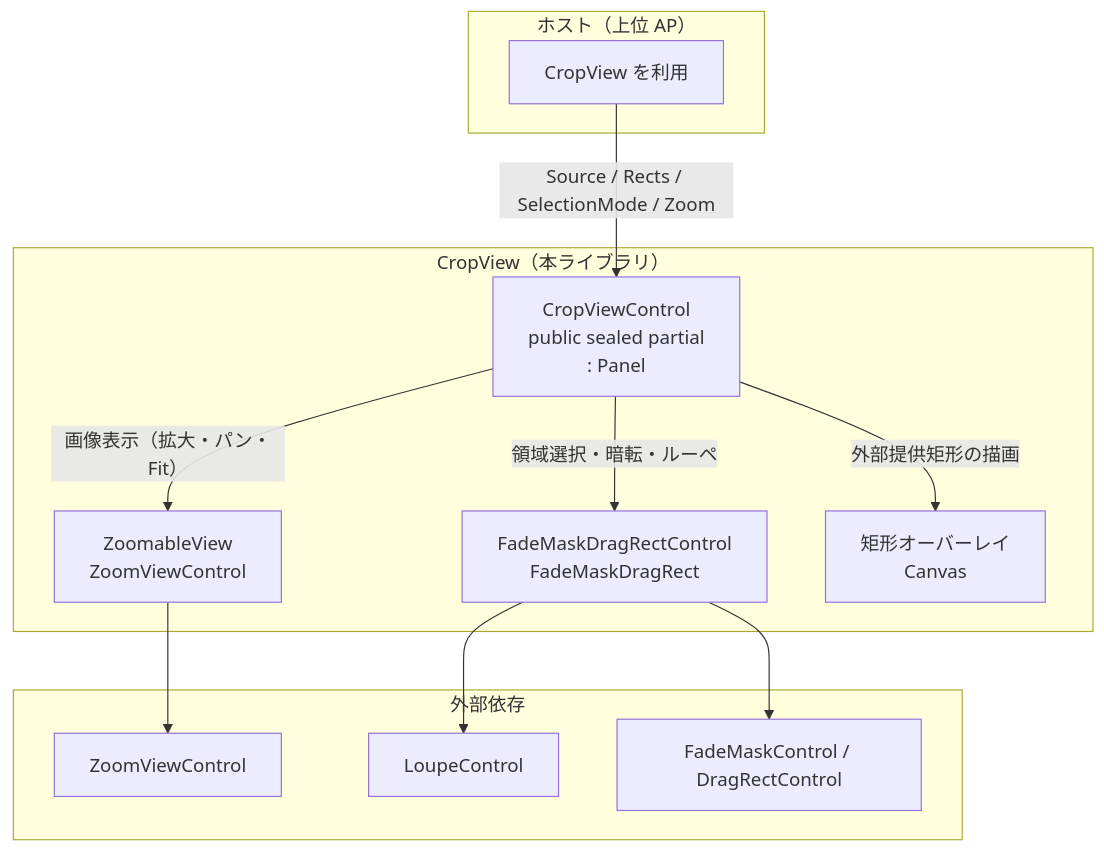
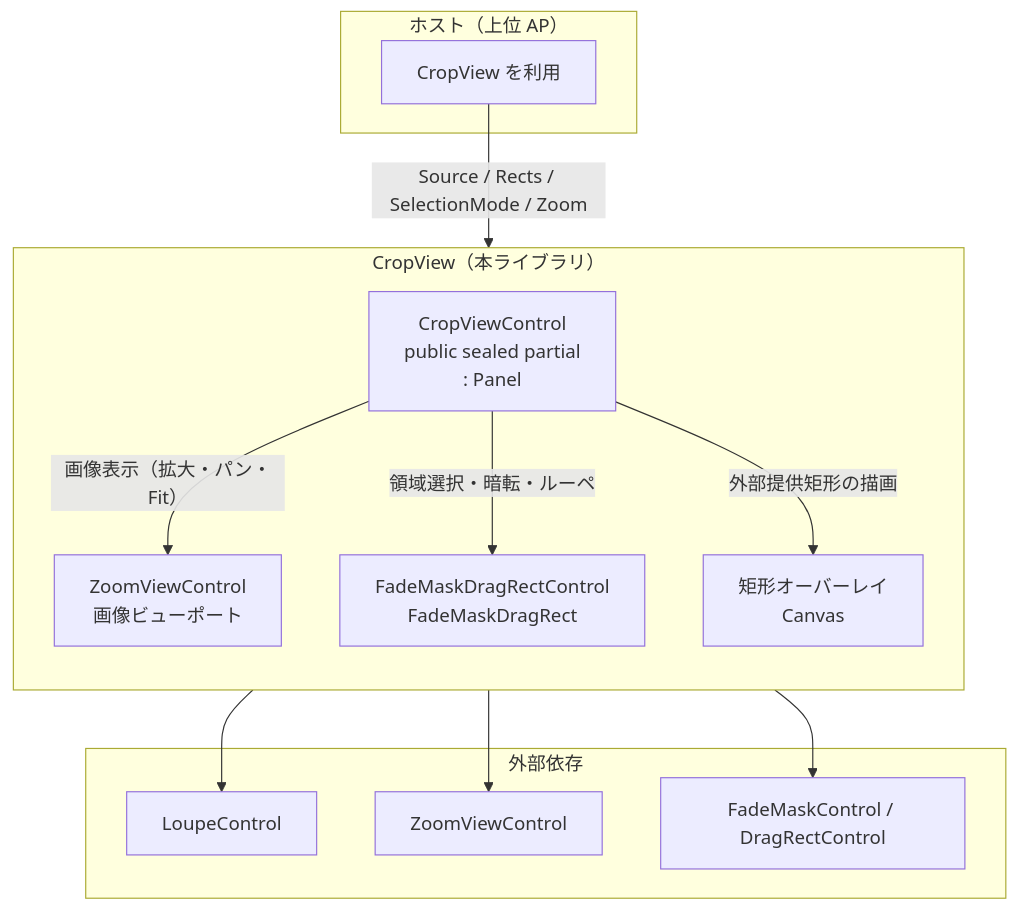
One commit to tomokuni/SaveEvidence changed the diagram in src/CropViewControl/SPEC_System.md. Above: the diagram before and after it, drawn with Mermaid. The commit also changed other lines of this file and 50 other files, not shown here.

First line of the commit message:
Update SnipCaptureUI and ZoomViewControl documentation and code structure

````diff
--- a/src/CropViewControl/SPEC_System.md
+++ b/src/CropViewControl/SPEC_System.md
@@ -35,27 +35,28 @@
 ```mermaid
 flowchart TB
     subgraph Host["ホスト（上位 AP）"]
         H["CropView を利用"]
     end
 
     subgraph CV["CropView（本ライブラリ）"]
+        direction TB
         Ctl["CropViewControl<br/>public sealed partial<br/>: Panel"]
-        ZV["ZoomableView<br/>ZoomViewControl"]
+        ZV["ZoomViewControl<br/>画像ビューポート"]
         FM["FadeMaskDragRectControl<br/>FadeMaskDragRect"]
         RO["矩形オーバーレイ<br/>Canvas"]
     end
 
     subgraph Dep["外部依存"]
         Loupe["LoupeControl"]
         Zoom["ZoomViewControl"]
         FadeMask["FadeMaskControl / DragRectControl"]
     end
 
     H -->|"Source / Rects / SelectionMode / Zoom"| Ctl
     Ctl -->|"画像表示（拡大・パン・Fit）"| ZV
     Ctl -->|"領域選択・暗転・ルーペ"| FM
     Ctl -->|"外部提供矩形の描画"| RO
     FM --> Loupe
     ZV --> Zoom
     FM --> FadeMask
 ```
````
